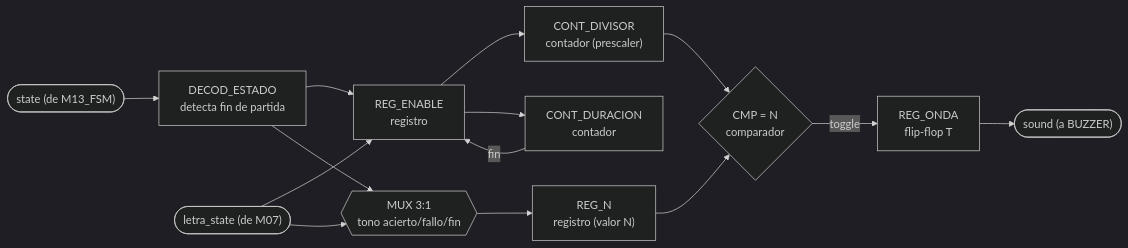
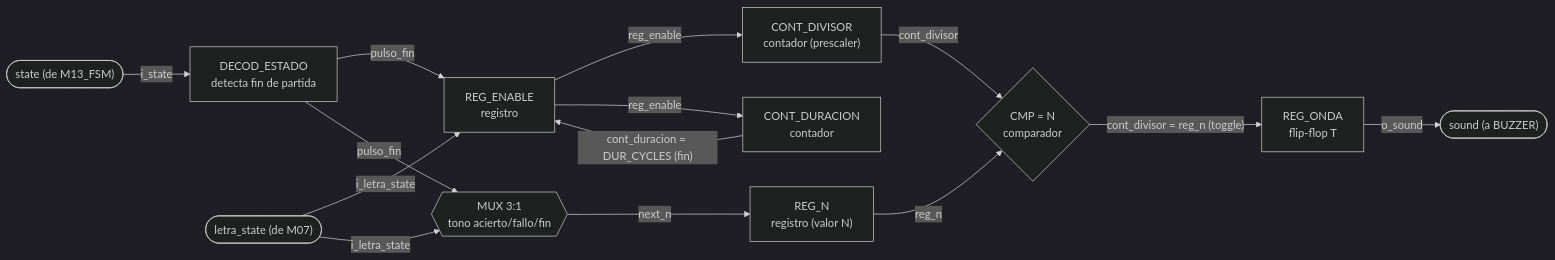
One commit to Taller-de-diseno-digital-GR01/Proyecto-2-Ahorcado changed the third of 14 diagrams in docs/diseño/diagramas/nivel03.md. Above: the diagram before and after it, drawn with Mermaid (dark theme). The commit also changed other lines of this file and 10 other files, not shown here.

````diff
--- a/docs/diseño/diagramas/nivel03.md
+++ b/docs/diseño/diagramas/nivel03.md
@@ -175,16 +175,16 @@
 ```mermaid
 flowchart LR
-    IN_STATE(["state (de M13_FSM)"]) --> DEC_ST["DECOD_ESTADO<br/>detecta fin de partida"]
-    DEC_ST --> REG_EN["REG_ENABLE<br/>registro"]
-    IN_LST(["letra_state (de M07)"]) --> REG_EN
-    IN_LST --> MUX1{{"MUX 3:1<br/>tono acierto/fallo/fin"}}
-    DEC_ST --> MUX1
-    MUX1 --> REG_N["REG_N<br/>registro (valor N)"]
-    REG_EN --> CNT_DIV["CONT_DIVISOR<br/>contador (prescaler)"]
-    REG_N --> CMP1{"CMP = N<br/>comparador"}
-    CNT_DIV --> CMP1
-    CMP1 -->|toggle| REG_SQ["REG_ONDA<br/>flip-flop T"]
-    REG_SQ --> OUT_SND(["sound (a BUZZER)"])
-    CNT_DUR["CONT_DURACION<br/>contador"] -->|fin| REG_EN
-    REG_EN --> CNT_DUR
+    IN_STATE(["state (de M13_FSM)"]) -->|i_state| DEC_ST["DECOD_ESTADO<br/>detecta fin de partida"]
+    DEC_ST -->|pulso_fin| REG_EN["REG_ENABLE<br/>registro"]
+    IN_LST(["letra_state (de M07)"]) -->|i_letra_state| REG_EN
+    IN_LST -->|i_letra_state| MUX1{{"MUX 3:1<br/>tono acierto/fallo/fin"}}
+    DEC_ST -->|pulso_fin| MUX1
+    MUX1 -->|next_n| REG_N["REG_N<br/>registro (valor N)"]
+    REG_EN -->|reg_enable| CNT_DIV["CONT_DIVISOR<br/>contador (prescaler)"]
+    REG_N -->|reg_n| CMP1{"CMP = N<br/>comparador"}
+    CNT_DIV -->|cont_divisor| CMP1
+    CMP1 -->|"cont_divisor = reg_n (toggle)"| REG_SQ["REG_ONDA<br/>flip-flop T"]
+    REG_SQ -->|o_sound| OUT_SND(["sound (a BUZZER)"])
+    CNT_DUR["CONT_DURACION<br/>contador"] -->|"cont_duracion = DUR_CYCLES (fin)"| REG_EN
+    REG_EN -->|reg_enable| CNT_DUR
 ```
````
